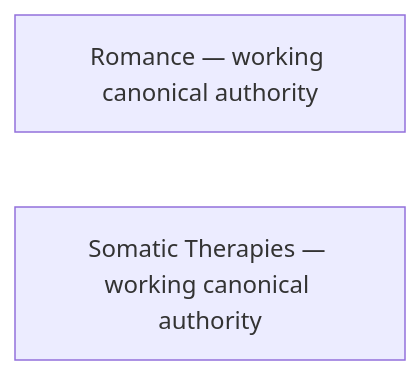
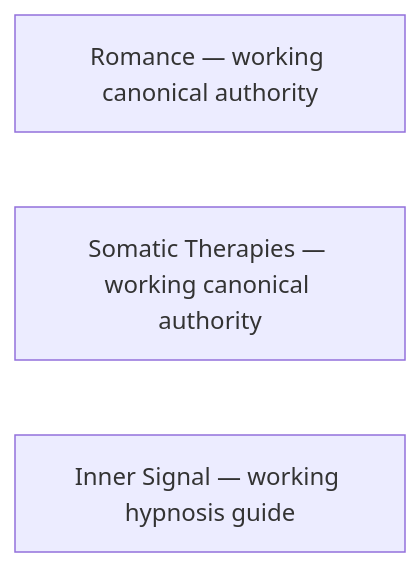
The diagram in ARTICLE-META-MAP.md (u-dont-existDOTcom/joel-articles), drawn with Mermaid before and after one commit. The commit also changed other lines of this file and 26 other files, not shown here.

Commit message:
Register and deliver Inner Signal r02 responsive guide with canonical Substack helper

````diff
--- a/ARTICLE-META-MAP.md
+++ b/ARTICLE-META-MAP.md
@@ -8,5 +9,6 @@
 ```mermaid
 flowchart LR
     romance["Romance — working canonical authority"]
     somatic["Somatic Therapies — working canonical authority"]
+    hypnosis["Inner Signal — working hypnosis guide"]
 ```
````
